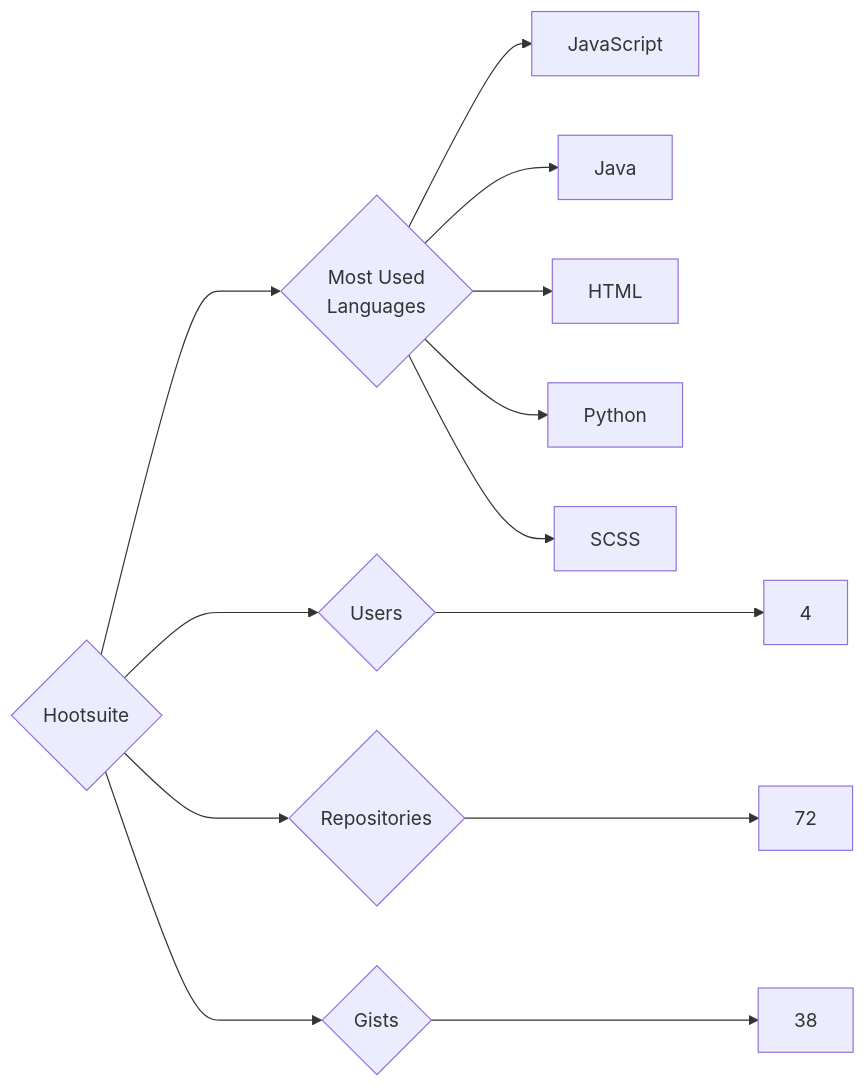
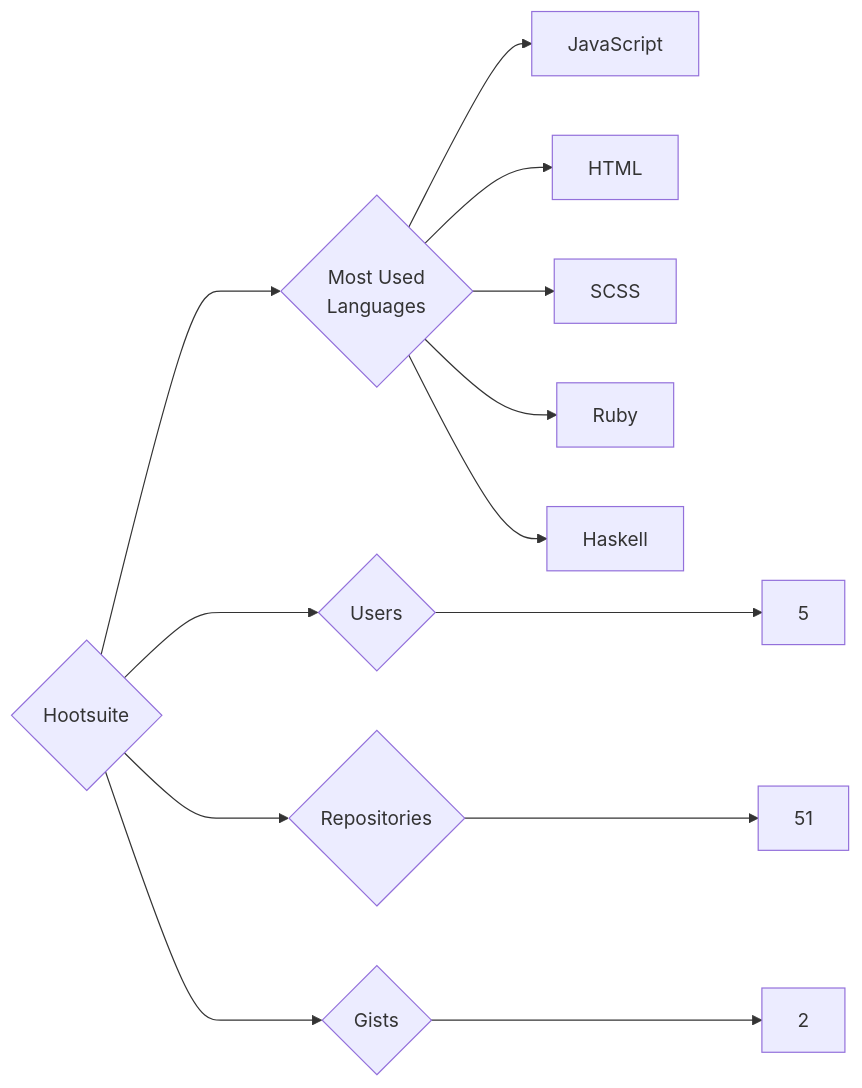
Before and after one commit to trickest/insiders: the diagram in targets/Hootsuite/README.md, drawn with Mermaid. The commit also changed 933 other files, not shown here.

````diff
--- a/targets/Hootsuite/README.md
+++ b/targets/Hootsuite/README.md
@@ -3,13 +3,13 @@
 ```mermaid
 graph LR
 COMPANY_NAME{Hootsuite}
-COMPANY_NAME ---> U{Users} ---> UN[4]
-COMPANY_NAME ---> R{Repositories} ---> RN[72]
-COMPANY_NAME ---> G{Gists} ---> GN[38]
+COMPANY_NAME ---> U{Users} ---> UN[5]
+COMPANY_NAME ---> R{Repositories} ---> RN[51]
+COMPANY_NAME ---> G{Gists} ---> GN[2]
 COMPANY_NAME ---> ML{Most Used<br>Languages}
 ML --> JavaScript[JavaScript]
-ML --> Java[Java]
 ML --> HTML[HTML]
-ML --> Python[Python]
 ML --> SCSS[SCSS]
+ML --> Ruby[Ruby]
+ML --> Haskell[Haskell]
 ```
````
